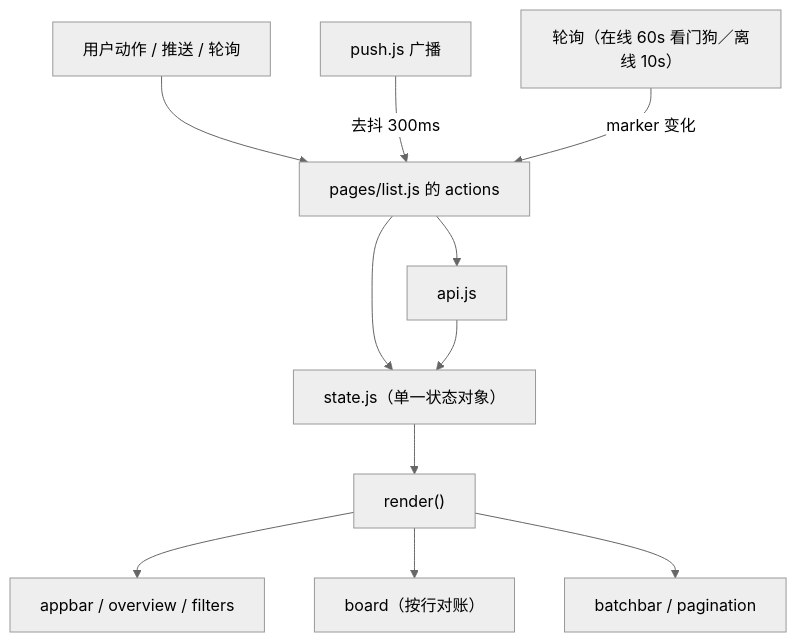
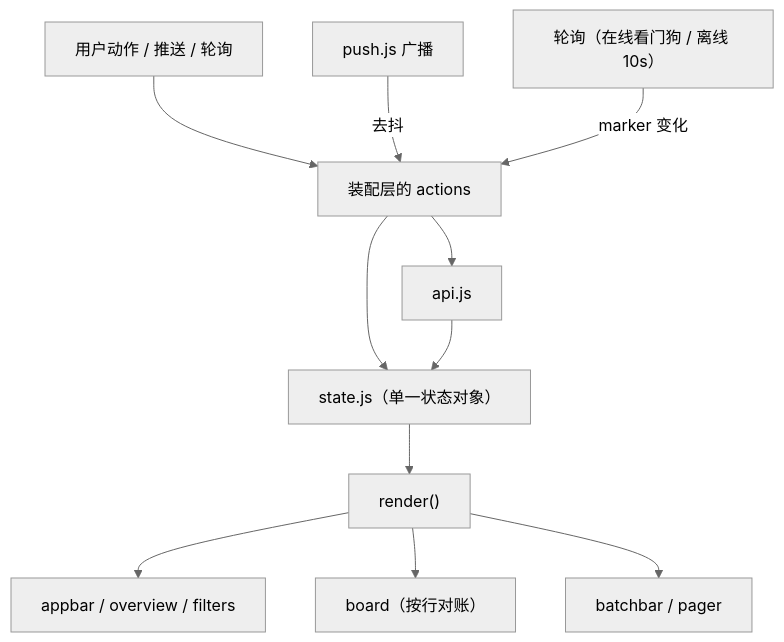
The diagram in docs/ui-v2-design.md (Leexunhuan743/SyncClipboardCfServer), drawn with Mermaid (neutral theme) before and after one commit. The commit also changed other lines of this file and 10 other files, not shown here.

````diff
--- a/docs/ui-v2-design.md
+++ b/docs/ui-v2-design.md
@@ -388,13 +333,13 @@
 ```mermaid
 flowchart TD
-    EV["用户动作 / 推送 / 轮询"] --> ACT["pages/list.js 的 actions"]
+    EV["用户动作 / 推送 / 轮询"] --> ACT["装配层的 actions"]
     ACT --> ST["state.js（单一状态对象）"]
     ACT --> NET["api.js"]
     NET --> ST
     ST --> R["render()"]
     R --> C1["appbar / overview / filters"]
     R --> C2["board（按行对账）"]
-    R --> C3["batchbar / pagination"]
-    PUSH["push.js 广播"] -->|"去抖 300ms"| ACT
-    POLL["轮询（在线 60s 看门狗／离线 10s）"] -->|"marker 变化"| ACT
+    R --> C3["batchbar / pager"]
+    PUSH["push.js 广播"] -->|"去抖"| ACT
+    POLL["轮询（在线看门狗 / 离线 10s）"] -->|"marker 变化"| ACT
 ```
````
